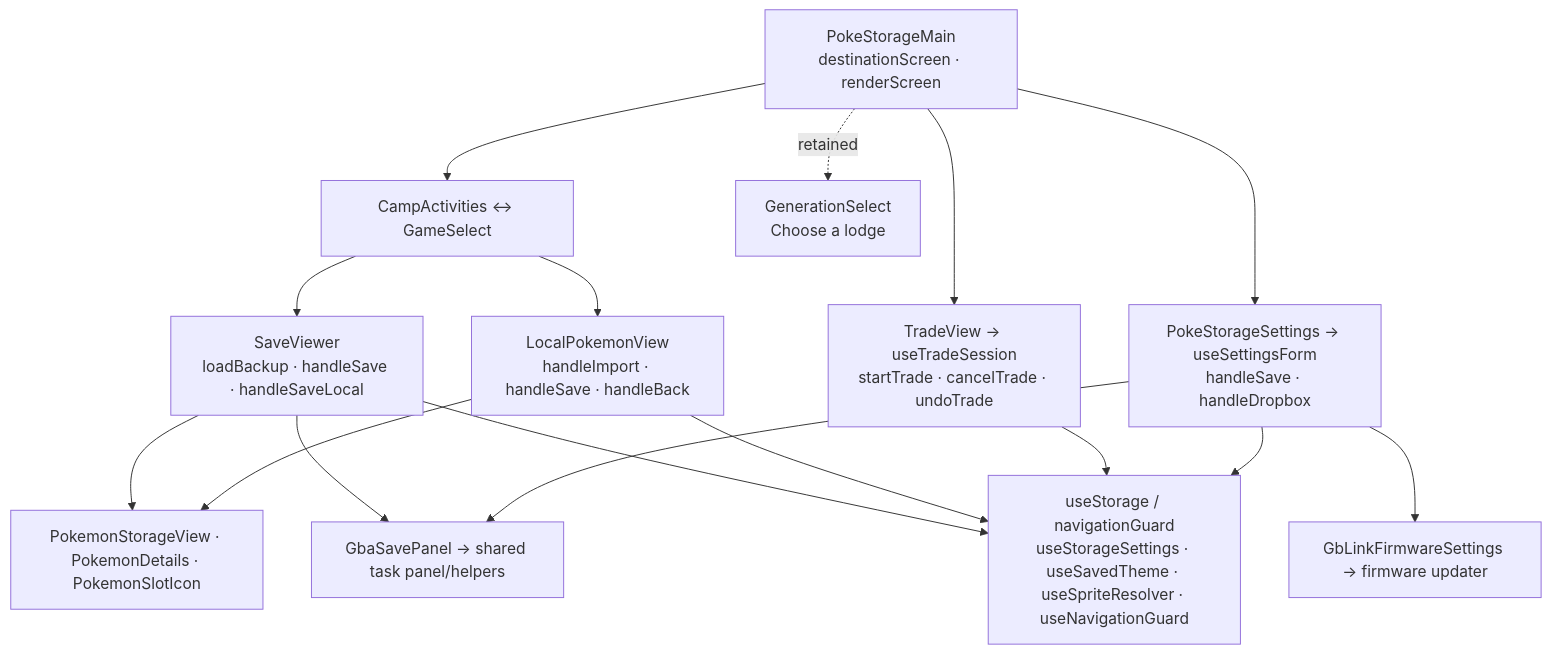
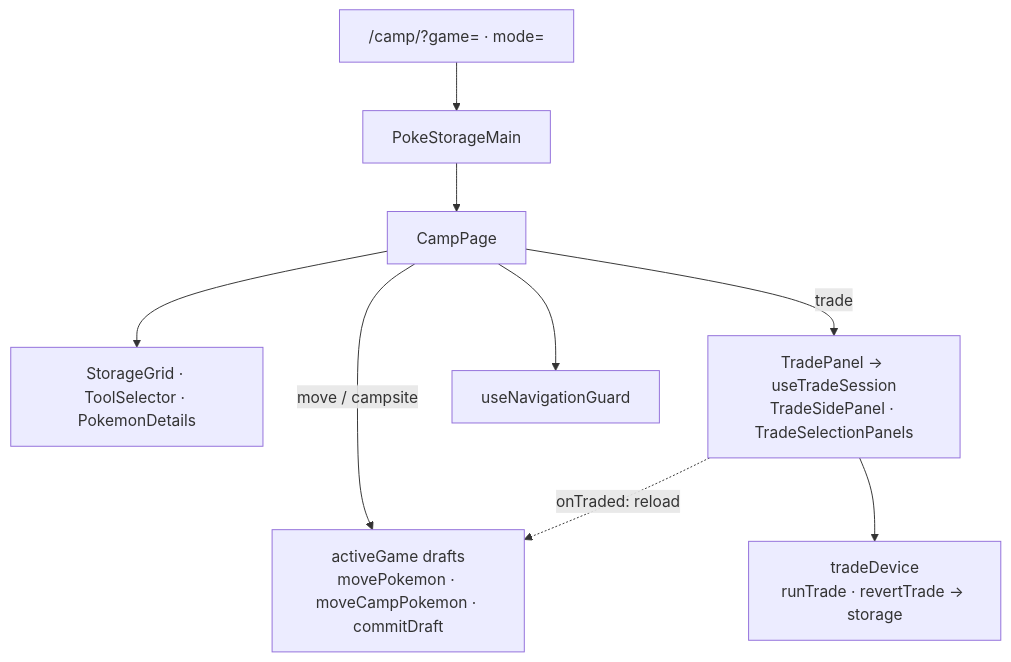
The diagram in src/pages/pokestorage/ARCHITECTURE.md (MercuryEnigma/pkcamp), drawn with Mermaid before and after one commit. The commit also changed other lines of this file and 145 other files, not shown here.

````diff
--- a/src/pages/pokestorage/ARCHITECTURE.md
+++ b/src/pages/pokestorage/ARCHITECTURE.md
@@ -23,13 +23,10 @@
 ```mermaid
 flowchart TB
-  Main["PokeStorageMain<br/>destinationScreen · renderScreen"] --> Menu["CampActivities ↔ GameSelect"]
-  Main -. retained .-> Chooser["GenerationSelect<br/>Choose a lodge"]
-  Menu --> Save["SaveViewer<br/>loadBackup · handleSave · handleSaveLocal"]
-  Menu --> Camp["LocalPokemonView<br/>handleImport · handleSave · handleBack"]
-  Main --> Trade["TradeView → useTradeSession<br/>startTrade · cancelTrade · undoTrade"]
-  Main --> Settings["PokeStorageSettings → useSettingsForm<br/>handleSave · handleDropbox"]
-  Save & Camp --> Grid["PokemonStorageView · PokemonDetails · PokemonSlotIcon"]
-  Save & Settings --> GBA["GbaSavePanel → shared task panel/helpers"]
-  Settings --> Firmware["GbLinkFirmwareSettings → firmware updater"]
-  Save & Camp & Trade & Settings --> Shared["useStorage / navigationGuard<br/>useStorageSettings · useSavedTheme · useSpriteResolver · useNavigationGuard"]
+  Route["/camp/?game= · mode="] --> Main["PokeStorageMain"] --> Camp["CampPage"]
+  Camp --> Grid["StorageGrid · ToolSelector · PokemonDetails"]
+  Camp -- "move / campsite" --> Drafts["activeGame drafts<br/>movePokemon · moveCampPokemon · commitDraft"]
+  Camp -- "trade" --> Trade["TradePanel → useTradeSession<br/>TradeSidePanel · TradeSelectionPanels"]
+  Trade --> Device["tradeDevice<br/>runTrade · revertTrade → storage"]
+  Trade -. "onTraded: reload" .-> Drafts
+  Camp --> Guard["useNavigationGuard"]
 ```
````
